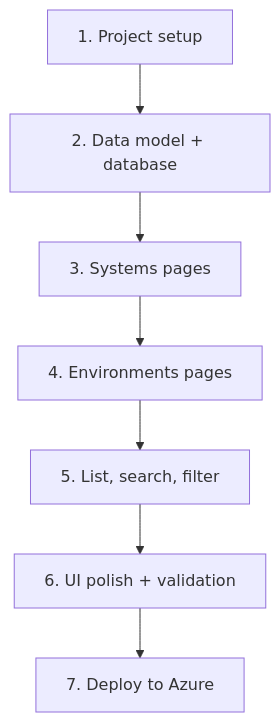
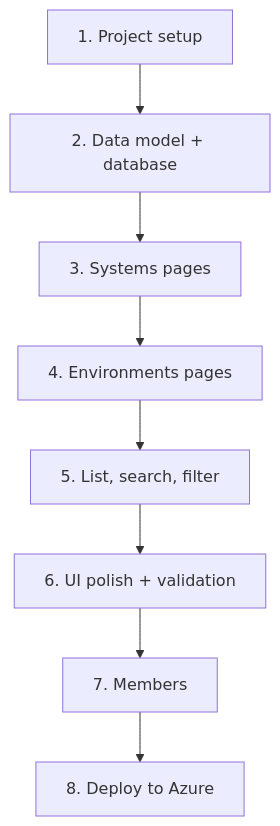
One commit to n-5699/app-tracker changed the fourth of 4 diagrams in README.md. Above: the diagram before and after it, drawn with Mermaid. The commit also changed other lines of this file and 3 other files, not shown here.

Commit message:
Part 7 docs: Members instruction file; README + build plan updated (Deploy is now Part 8)

````diff
--- a/README.md
+++ b/README.md
@@ -264,9 +300,10 @@
 ```mermaid
 flowchart TD
     P1[1. Project setup] --> P2[2. Data model + database]
     P2 --> P3[3. Systems pages]
     P3 --> P4[4. Environments pages]
     P4 --> P5[5. List, search, filter]
     P5 --> P6[6. UI polish + validation]
-    P6 --> P7[7. Deploy to Azure]
+    P6 --> P7[7. Members]
+    P7 --> P8[8. Deploy to Azure]
 ```
````
